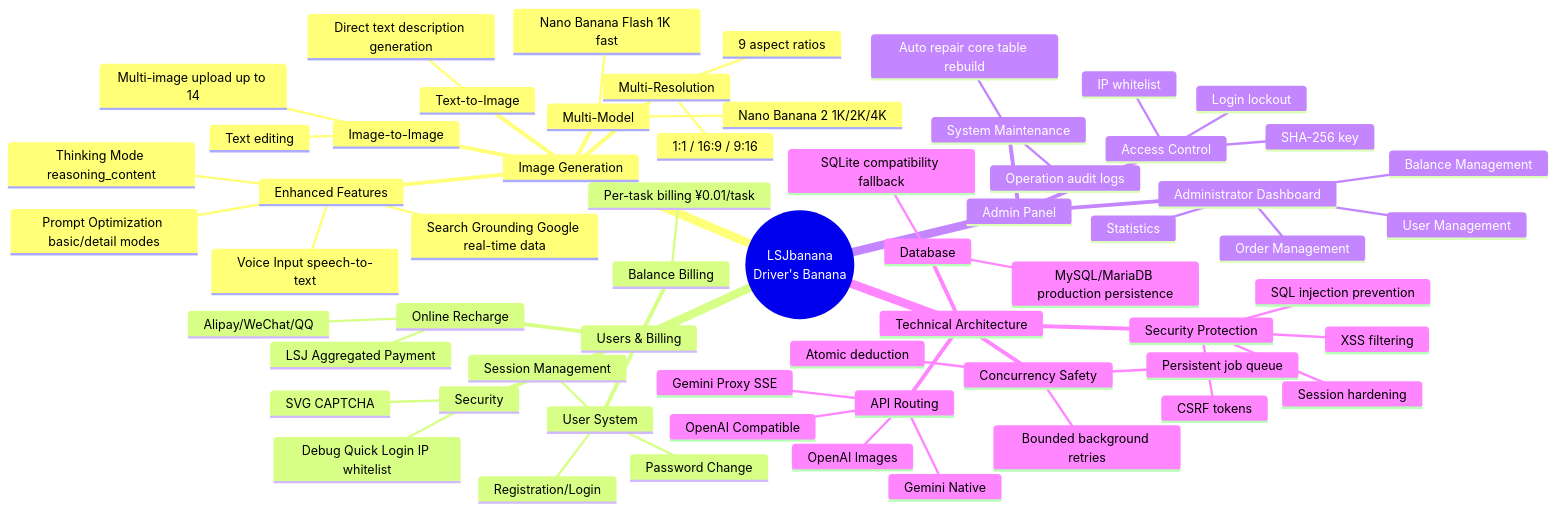
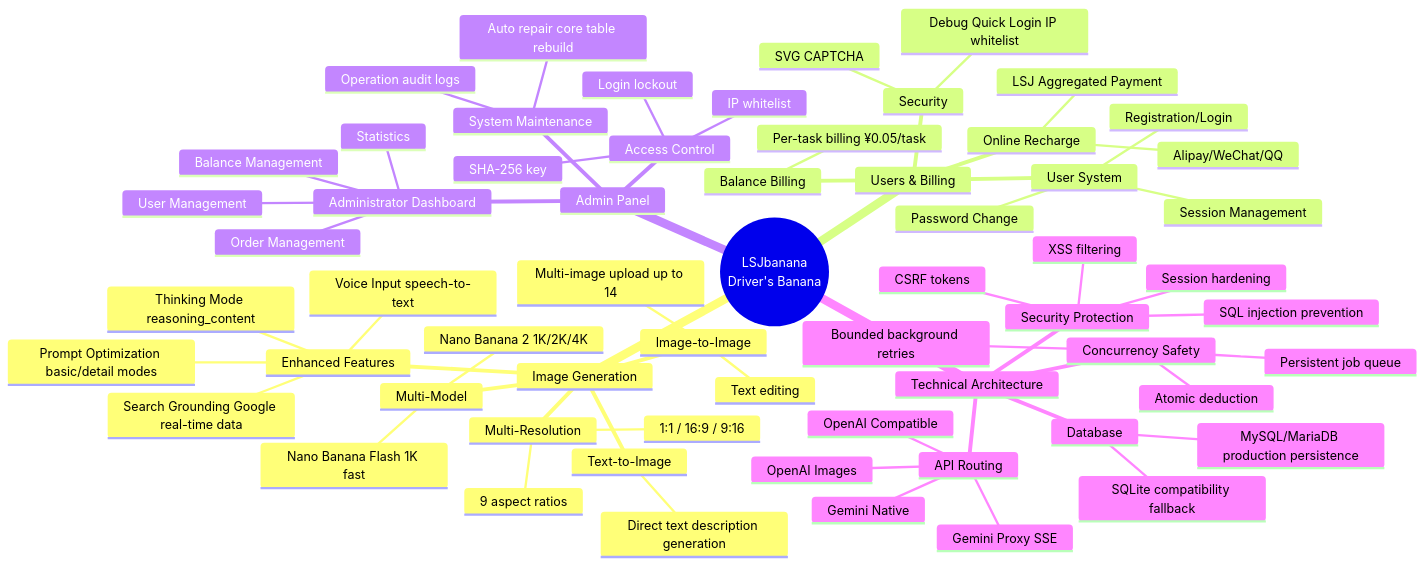
The diagram in README.EN.md (RusianHu/LSJbanana), drawn with Mermaid before and after one commit. The commit also changed 2 other files, not shown here.

Commit message:
chore: 图片单价调整为 0.05 元/张
同步更新 config.php.example 与 README 文档中的价格说明。

````diff
--- a/README.EN.md
+++ b/README.EN.md
@@ -9,65 +9,65 @@
 ```mermaid
 mindmap
   root((LSJbanana<br>Driver's Banana))
     Image Generation
       Text-to-Image
         Direct text description generation
       Image-to-Image
         Multi-image upload up to 14
         Text editing
       Multi-Model
         Nano Banana 2 1K/2K/4K
         Nano Banana Flash 1K fast
       Multi-Resolution
         9 aspect ratios
         1:1 / 16:9 / 9:16
       Enhanced Features
         Search Grounding Google real-time data
         Prompt Optimization basic/detail modes
         Voice Input speech-to-text
         Thinking Mode reasoning_content
     Users & Billing
       User System
         Registration/Login
         Session Management
         Password Change
       Balance Billing
-        Per-task billing ¥0.01/task
+        Per-task billing ¥0.05/task
       Online Recharge
         LSJ Aggregated Payment
         Alipay/WeChat/QQ
       Security
         SVG CAPTCHA
         Debug Quick Login IP whitelist
     Admin Panel
       Administrator Dashboard
         User Management
         Order Management
         Balance Management
         Statistics
       Access Control
         SHA-256 key
         IP whitelist
         Login lockout
       System Maintenance
         Operation audit logs
         Auto repair core table rebuild
     Technical Architecture
       Database
         MySQL/MariaDB production persistence
         SQLite compatibility fallback
       API Routing
         Gemini Native
         OpenAI Compatible
         OpenAI Images
         Gemini Proxy SSE
       Security Protection
         CSRF tokens
         SQL injection prevention
         XSS filtering
         Session hardening
       Concurrency Safety
         Atomic deduction
         Persistent job queue
         Bounded background retries
 ```
````
